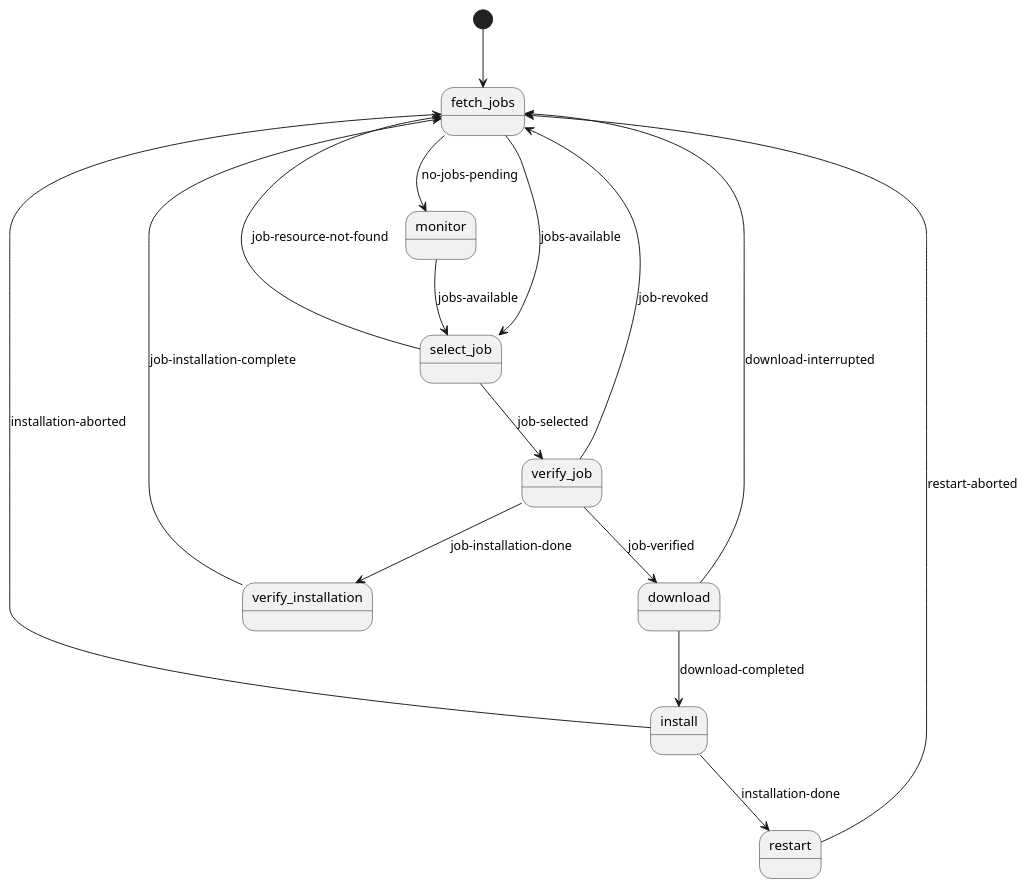
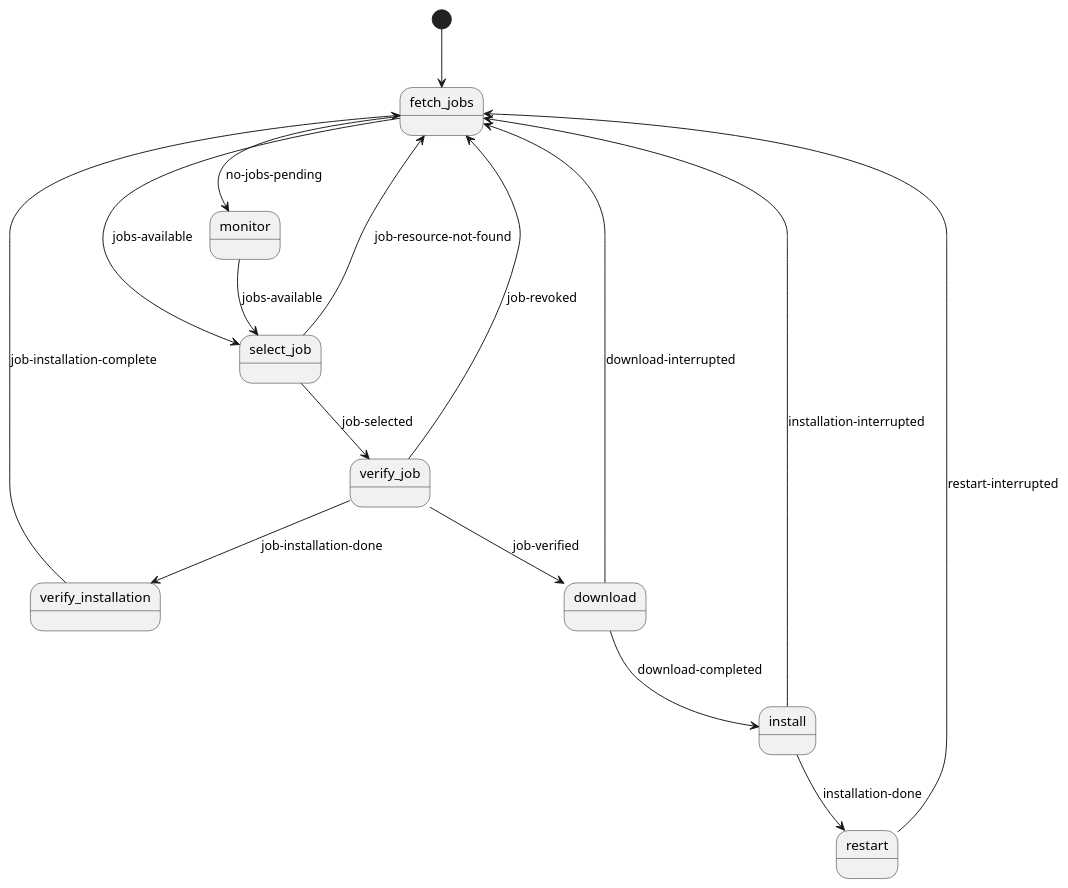
Before and after one commit to caruhome/upparat: the diagram in docs/statemachine.puml, drawn with PlantUML. The commit also changed 13 other files, not shown here.

```diff
--- a/docs/statemachine.puml
+++ b/docs/statemachine.puml
@@ -1,25 +1,27 @@
 @startuml
 [*] --> fetch_jobs
+
+state verify_installation
+
 state fetch_jobs
 state monitor
 state select_job
 state verify_job
 state download
 state install
 state restart
-state verify_installation
     fetch_jobs --> monitor: no-jobs-pending
     fetch_jobs --> select_job: jobs-available
     monitor --> select_job: jobs-available
     select_job --> verify_job: job-selected
     select_job --> fetch_jobs: job-resource-not-found
     verify_job --> download: job-verified
     verify_job --> fetch_jobs: job-revoked
     verify_job --> verify_installation: job-installation-done
     verify_installation --> fetch_jobs: job-installation-complete
     download --> fetch_jobs: download-interrupted
     download --> install: download-completed
-    install --> fetch_jobs: installation-aborted
+    install --> fetch_jobs: installation-interrupted
     install --> restart: installation-done
-    restart --> fetch_jobs: restart-aborted
+    restart --> fetch_jobs: restart-interrupted
 @enduml
```
